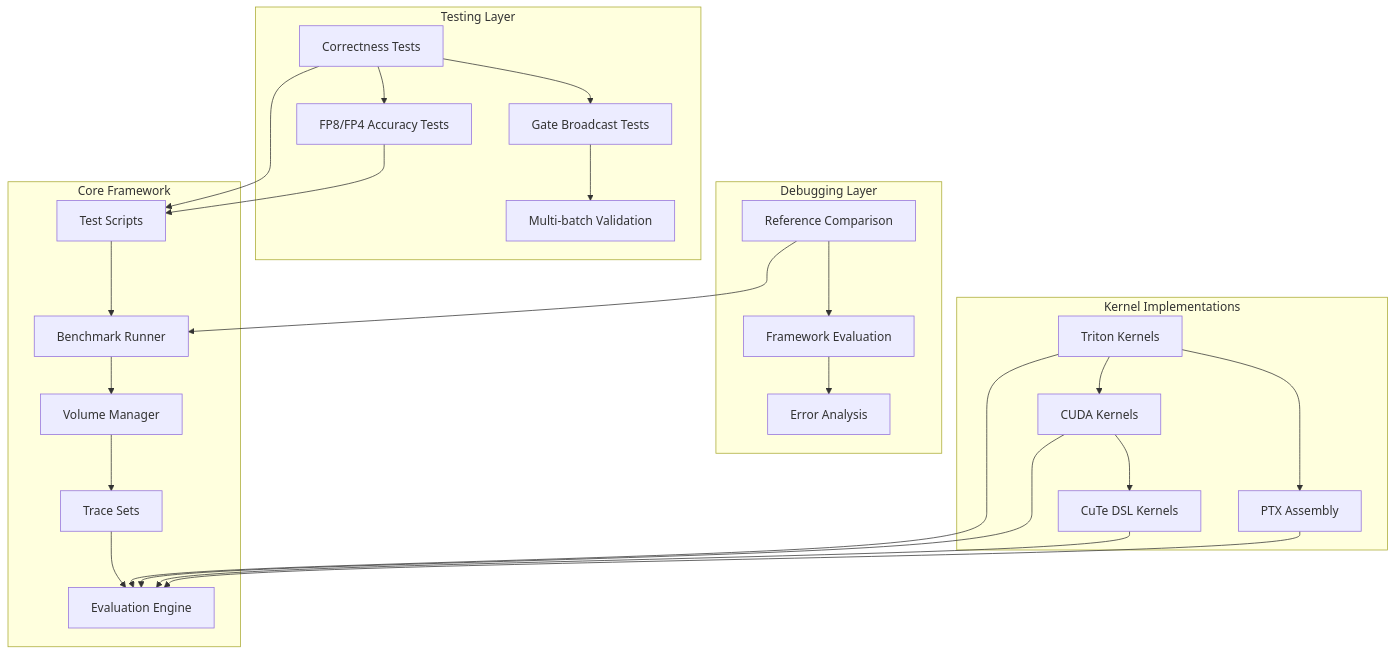
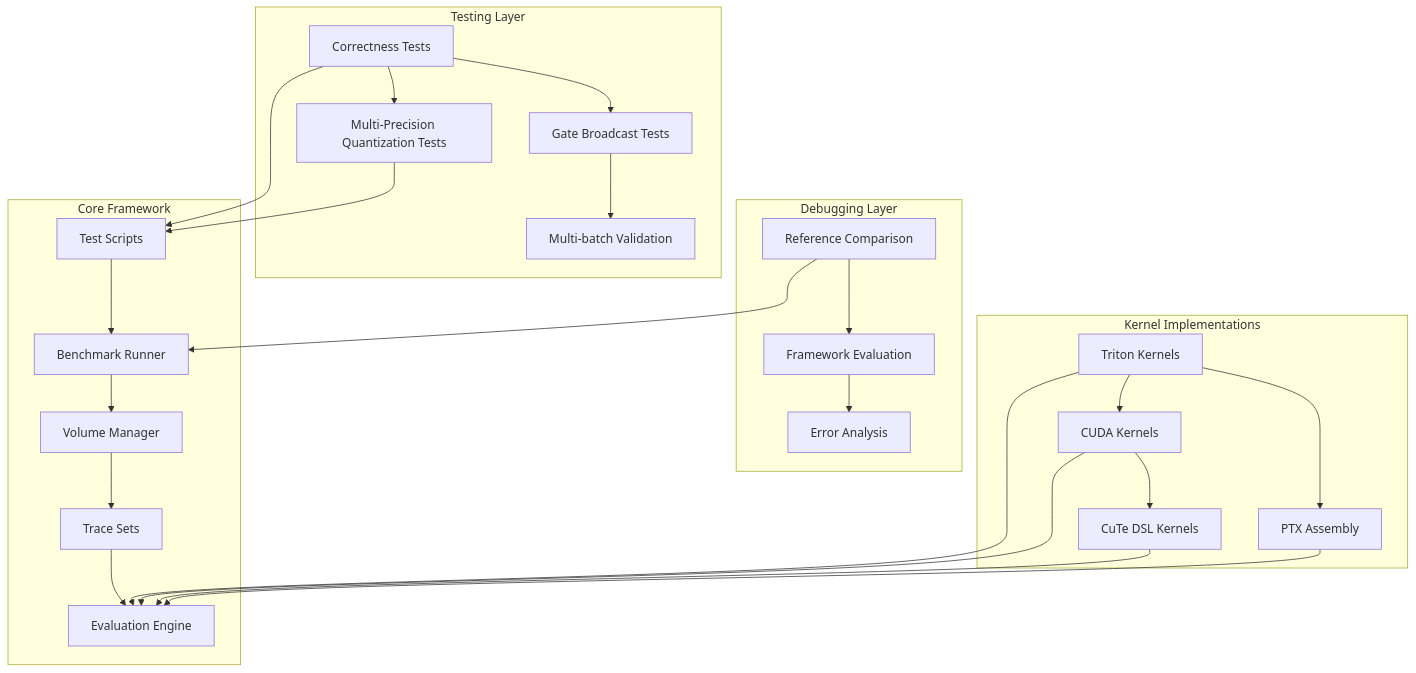
Before and after one commit to gugudeshubao/flashinfer-bench-tma-thrust: the first of 9 diagrams in .qoder/repowiki/en/content/Testing Debugging Framework.md, drawn with Mermaid. The commit also changed other lines of this file and 4 other files, not shown here.

First line of the commit message:
refactor: Rename test_fp8_accuracy.py to test_quantization_accuracy.py

````diff
--- a/.qoder/repowiki/en/content/Testing Debugging Framework.md
+++ b/.qoder/repowiki/en/content/Testing Debugging Framework.md
@@ -61,30 +61,30 @@
 ```mermaid
 graph TB
 subgraph "Core Framework"
 A[Test Scripts] --> B[Benchmark Runner]
 B --> C[Volume Manager]
 C --> D[Trace Sets]
 D --> E[Evaluation Engine]
 end
 subgraph "Testing Layer"
 F[Correctness Tests] --> G[Gate Broadcast Tests]
 G --> H[Multi-batch Validation]
-F --> I[FP8/FP4 Accuracy Tests]
+F --> I[Multi-Precision Quantization Tests]
 end
 subgraph "Debugging Layer"
 J[Reference Comparison] --> K[Framework Evaluation]
 K --> L[Error Analysis]
 end
 subgraph "Kernel Implementations"
 M[Triton Kernels] --> N[CUDA Kernels]
 N --> O[CuTe DSL Kernels]
 M --> P[PTX Assembly]
 end
 F --> A
 J --> B
 M --> E
 N --> E
 O --> E
 P --> E
 I --> A
 ```
````
